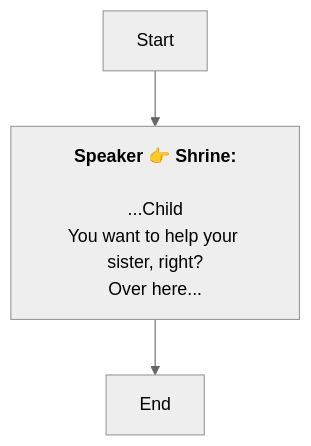
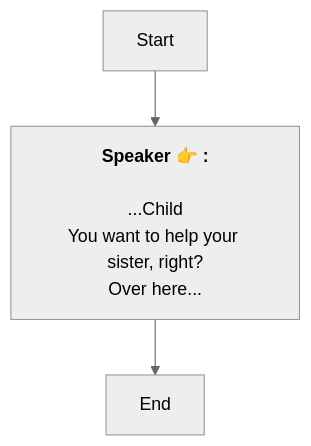
Before and after one commit to SoftHu/tos_avg: the diagram in En/QuestStartTalkENode_1738549796738302.md, drawn with Mermaid (neutral theme). The commit also changed 737 other files, not shown here.

````diff
--- a/En/QuestStartTalkENode_1738549796738302.md
+++ b/En/QuestStartTalkENode_1738549796738302.md
@@ -1,10 +1,8 @@
 ```mermaid
 graph
-Start -->1738549822633217[<b>Speaker 👉 Shrine:</b>
-
-...Child
-You want to help your sister, right?
-Over here...]
+Start -->1738549822633217[<b>Speaker 👉 :</b>
+\n...Child
+You want to help your sister, right?\nOver here...]
 1738549822633217 -->1738549983939842[End]
 
- ```
+```
````
